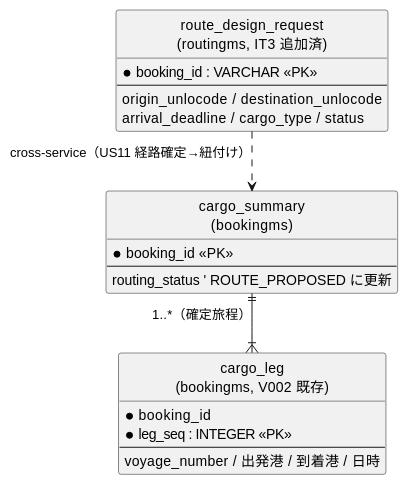
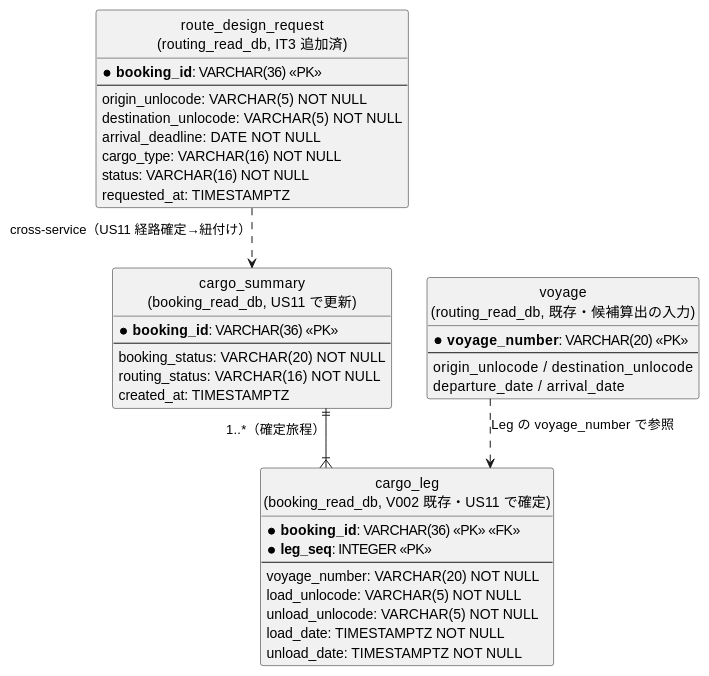
One commit to k2works/case-study-cargo-tracker changed the fifth of 8 diagrams in docs/development/iteration_plan-4.md. Above: the diagram before and after it, drawn with PlantUML. The commit also changed other lines of this file, not shown here.

````diff
--- a/docs/development/iteration_plan-4.md
+++ b/docs/development/iteration_plan-4.md
@@ -294,29 +420,50 @@
 ```plantuml
 @startuml
 hide circle
 skinparam linetype ortho
 
-entity "route_design_request\n(routingms, IT3 追加済)" as rdr {
-  * booking_id : VARCHAR <<PK>>
+entity "route_design_request\n(routing_read_db, IT3 追加済)" as rdr {
+  * **booking_id**: VARCHAR(36) <<PK>>
+  --
+  origin_unlocode: VARCHAR(5) NOT NULL
+  destination_unlocode: VARCHAR(5) NOT NULL
+  arrival_deadline: DATE NOT NULL
+  cargo_type: VARCHAR(16) NOT NULL
+  status: VARCHAR(16) NOT NULL
+  ' PENDING（IT3）。状態遷移は本 IT で判断（M4）
+  requested_at: TIMESTAMPTZ
+}
+
+entity "cargo_summary\n(booking_read_db, US11 で更新)" as cargo {
+  * **booking_id**: VARCHAR(36) <<PK>>
+  --
+  booking_status: VARCHAR(20) NOT NULL
+  ' ROUTING → ROUTE_PROPOSED（US11）
+  routing_status: VARCHAR(16) NOT NULL
+  ' NOT_ROUTED → ROUTED（US11）
+  created_at: TIMESTAMPTZ
+}
+
+entity "cargo_leg\n(booking_read_db, V002 既存・US11 で確定)" as leg {
+  * **booking_id**: VARCHAR(36) <<PK>> <<FK>>
+  * **leg_seq**: INTEGER <<PK>>
+  --
+  voyage_number: VARCHAR(20) NOT NULL
+  load_unlocode: VARCHAR(5) NOT NULL
+  unload_unlocode: VARCHAR(5) NOT NULL
+  load_date: TIMESTAMPTZ NOT NULL
+  unload_date: TIMESTAMPTZ NOT NULL
+}
+
+entity "voyage\n(routing_read_db, 既存・候補算出の入力)" as voyage {
+  * **voyage_number**: VARCHAR(20) <<PK>>
   --
   origin_unlocode / destination_unlocode
-  arrival_deadline / cargo_type / status
-}
-
-entity "cargo_summary\n(bookingms)" as cargo {
-  * booking_id <<PK>>
-  --
-  routing_status  ' ROUTE_PROPOSED に更新
-}
-
-entity "cargo_leg\n(bookingms, V002 既存)" as leg {
-  * booking_id
-  * leg_seq : INTEGER <<PK>>
-  --
-  voyage_number / 出発港 / 到着港 / 日時
+  departure_date / arrival_date
 }
 
 cargo ||--|{ leg : "1..*（確定旅程）"
 rdr ..> cargo : cross-service（US11 経路確定→紐付け）
+voyage ..> leg : Leg の voyage_number で参照
 @enduml
 ```
````
